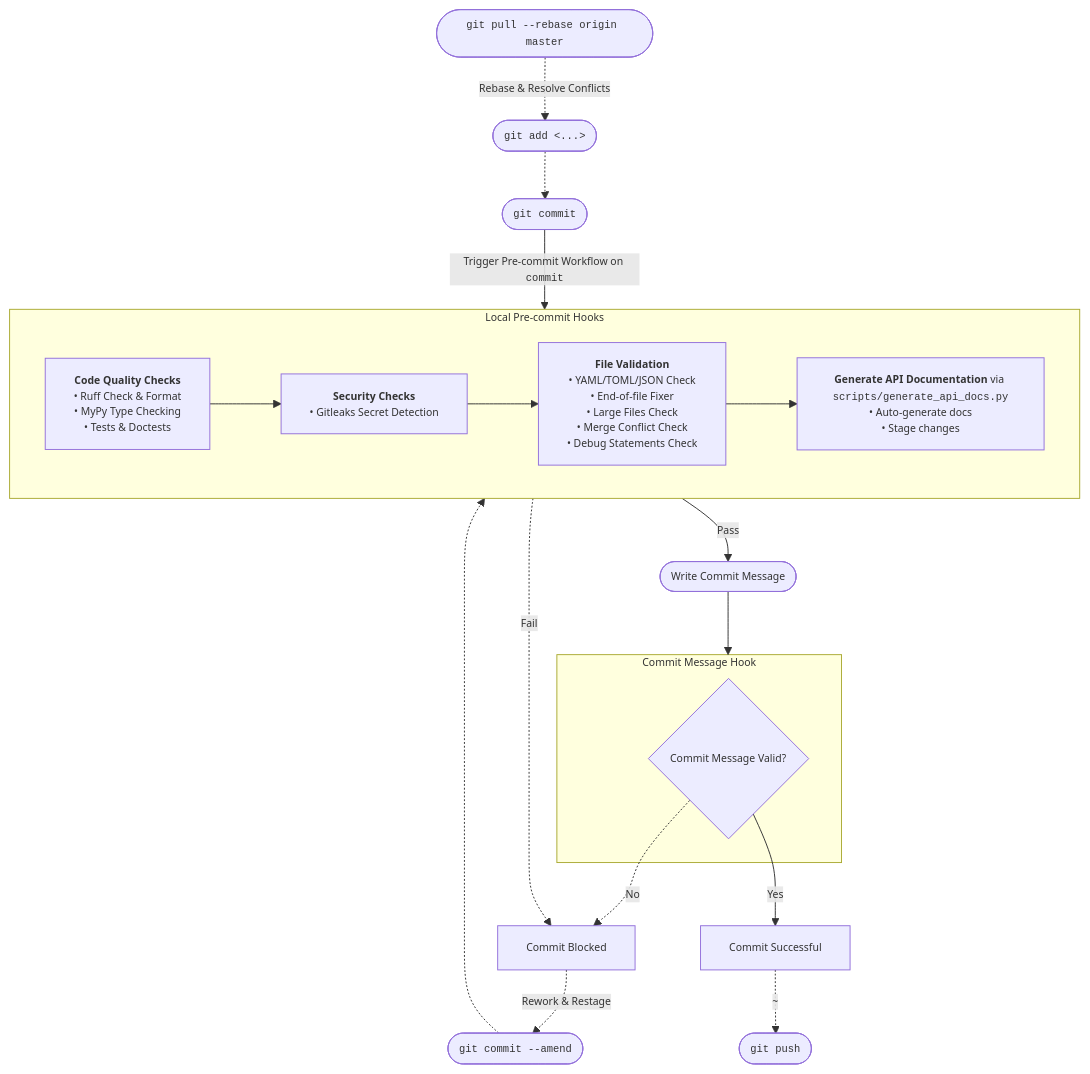
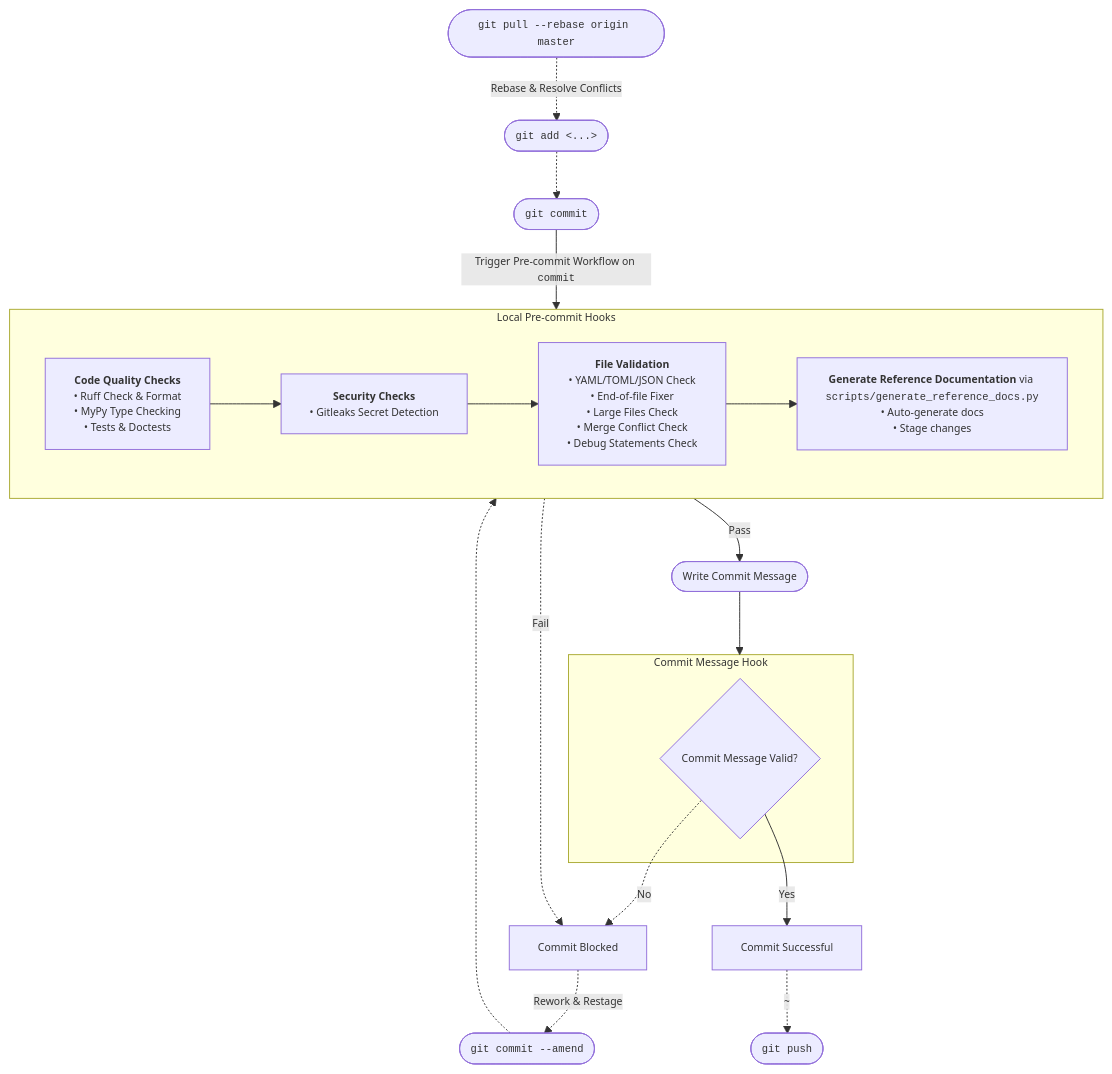
The first of 2 diagrams in README.md (nilskujath/onesecondtrader), drawn with Mermaid before and after one commit. The commit also changed 106 other files, not shown here.

````diff
--- a/README.md
+++ b/README.md
@@ -83,45 +83,45 @@
 ```mermaid
 ---
 config:
   themeVariables:
     fontSize: "11px"
 ---
 graph TD
     A([<kbd>git commit</kbd>]) -->|Trigger Pre-commit Workflow on <kbd>commit</kbd>| PrecommitHooks
     
     subgraph PrecommitHooks ["Local Pre-commit Hooks"]
         B["<b>Code Quality Checks</b><br/>• Ruff Check & Format<br/>• MyPy Type Checking<br/>• Tests & Doctests"]
         C["<b>Security Checks</b><br/>• Gitleaks Secret Detection"]
         D["<b>File Validation</b><br/>• YAML/TOML/JSON Check<br/>• End-of-file Fixer<br/>• Large Files Check<br/>• Merge Conflict Check<br/>• Debug Statements Check"]
-        E["<b>Generate API Documentation</b> via <kbd>scripts/generate_api_docs.py</kbd><br/>• Auto-generate docs<br/>• Stage changes"]
+        E["<b>Generate Reference Documentation</b> via <kbd>scripts/generate_reference_docs.py</kbd><br/>• Auto-generate docs<br/>• Stage changes"]
     end
     B --> C --> D --> E
 
     F([Write Commit Message])
     PrecommitHooks -->|Pass| F
     PrecommitHooks -.->|Fail| H
 
     subgraph CommitMessageHook ["Commit Message Hook"]
         G{Commit Message Valid?}
     end
         G -.->|No| H[Commit Blocked]
         G -->|Yes| I[Commit Successful]
 
     F --> CommitMessageHook
 
     H -.->|Rework & Restage<br/>| K
     
     K(["<kbd>git commit --amend</kbd>"])
 
     K -.-> PrecommitHooks
 
     L(["<kbd>git pull --rebase origin master</kbd>"])
 
     L -.->|Rebase & Resolve Conflicts| M
     
     M([<kbd>git add <...></kbd>])
     
     M -.-> A
 
     I -.~.-> J([<kbd>git push</kbd>])
 ```
````
